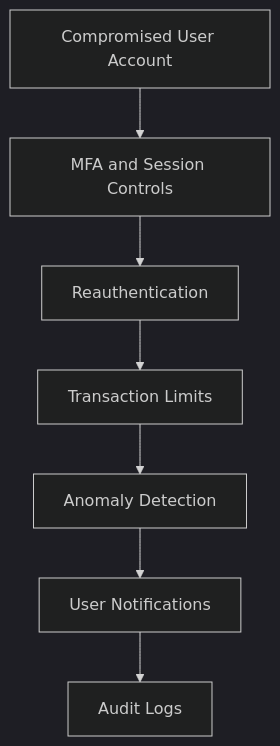
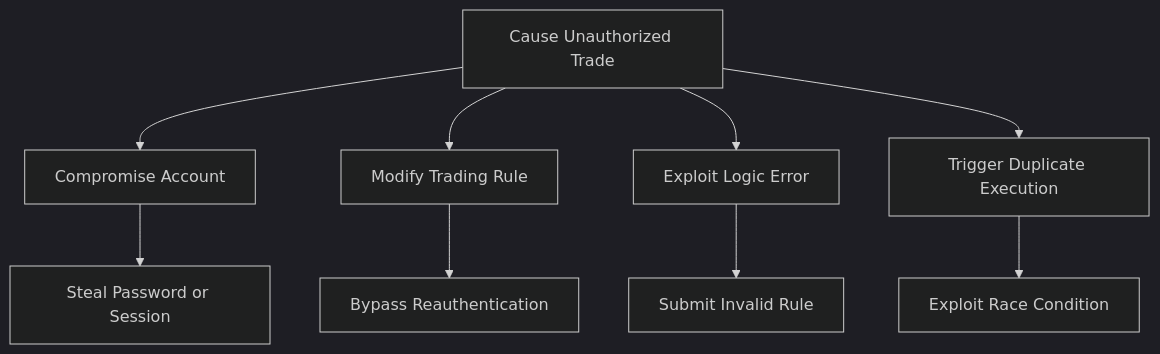
One commit to busitech-ir-lux/dlh-cyber_security changed the fourth of 4 diagrams in threat-modeling-fundamentals/3-financial-trading-platform.md. Above: the diagram before and after it, drawn with Mermaid (dark theme). The commit also changed other lines of this file, not shown here.

Commit message:
Threat Modeling Fundamentals - Task 3: Financial Trading Platform - update

````diff
--- a/threat-modeling-fundamentals/3-financial-trading-platform.md
+++ b/threat-modeling-fundamentals/3-financial-trading-platform.md
@@ -143,17 +454,18 @@
 ```mermaid
 flowchart TD
-    A[Compromised User Account]
-    B[MFA and Session Controls]
-    C[Reauthentication]
-    D[Transaction Limits]
-    E[Anomaly Detection]
-    F[User Notifications]
-    G[Audit Logs]
+    A[Cause Unauthorized Trade]
+    B[Compromise Account]
+    C[Modify Trading Rule]
+    D[Exploit Logic Error]
+    E[Trigger Duplicate Execution]
 
     A --> B
-    B --> C
-    C --> D
-    D --> E
-    E --> F
-    F --> G
+    A --> C
+    A --> D
+    A --> E
+
+    B --> F[Steal Password or Session]
+    C --> G[Bypass Reauthentication]
+    D --> H[Submit Invalid Rule]
+    E --> I[Exploit Race Condition]
 ```
````
